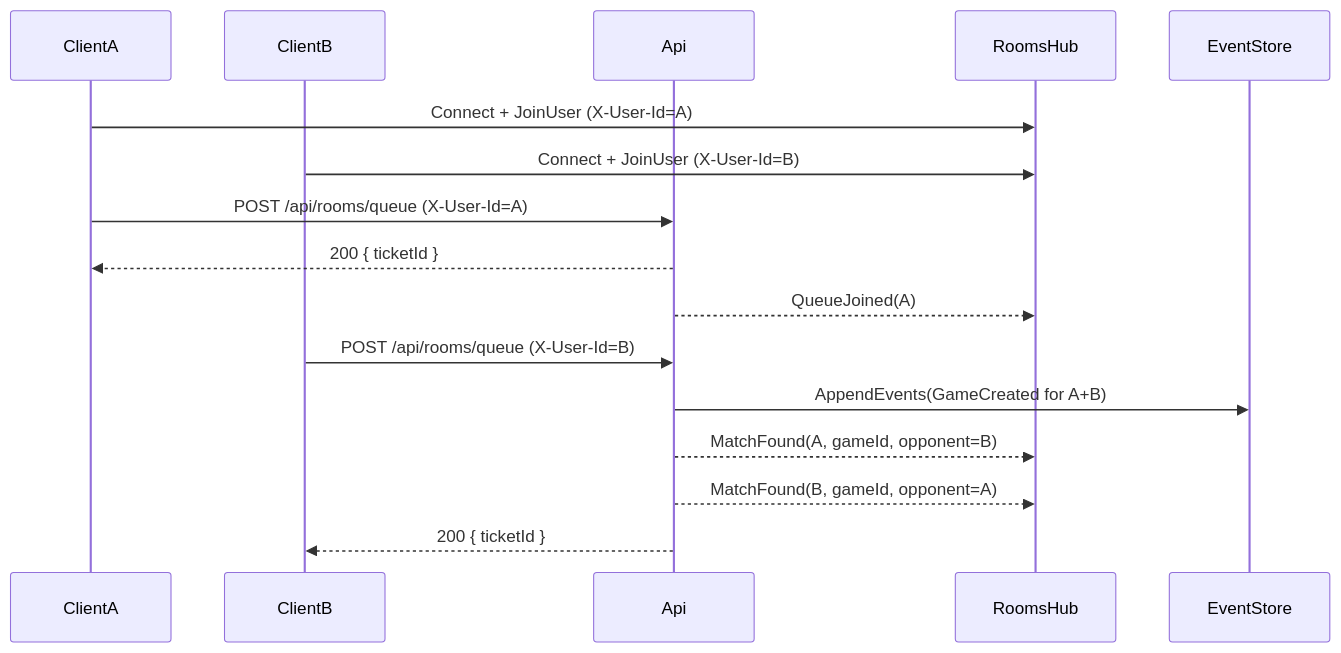
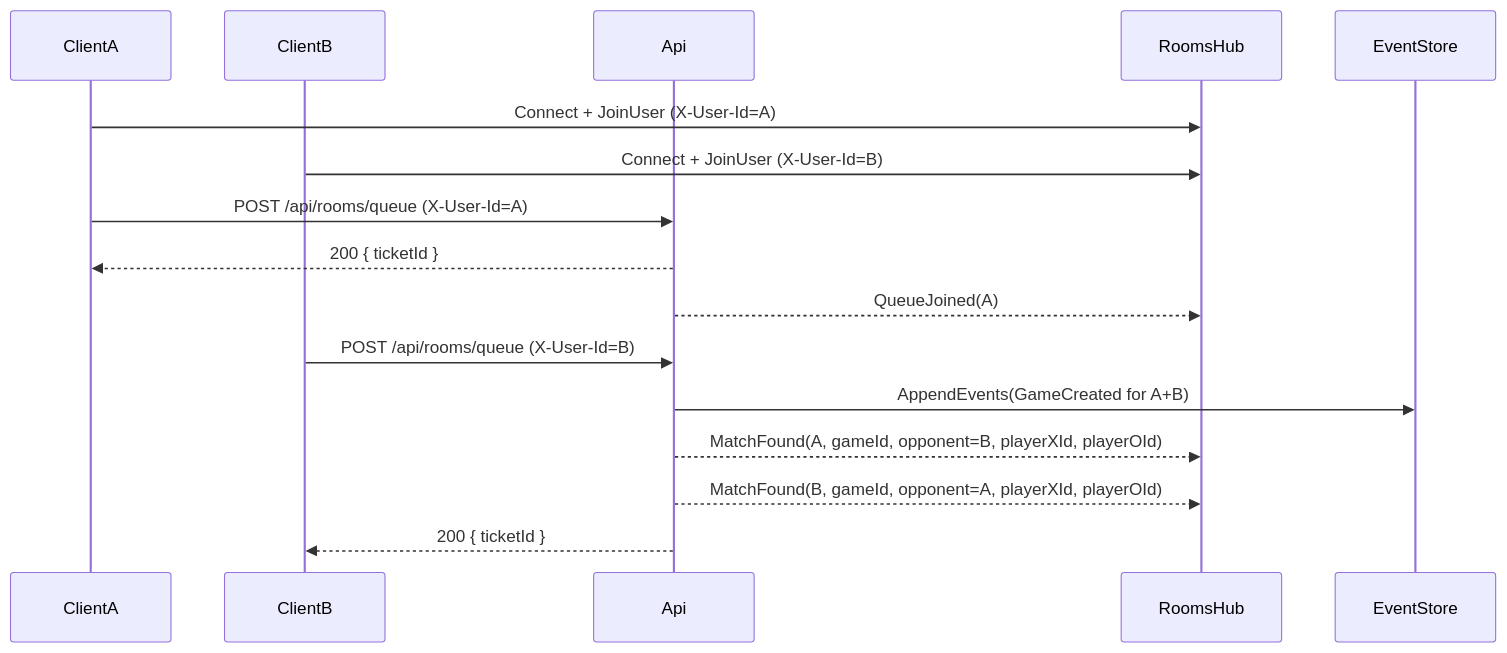
One commit to NetCoreParty/ultimate-tic-tac-toe-back changed the fourth of 7 diagrams in docs/USER_FLOWS.md. Above: the diagram before and after it, drawn with Mermaid. The commit also changed other lines of this file and 14 other files, not shown here.

````diff
--- a/docs/USER_FLOWS.md
+++ b/docs/USER_FLOWS.md
@@ -54,21 +86,21 @@
 ```mermaid
 sequenceDiagram
   participant ClientA
   participant ClientB
   participant Api
   participant RoomsHub
   participant EventStore
 
   ClientA->>RoomsHub: Connect + JoinUser (X-User-Id=A)
   ClientB->>RoomsHub: Connect + JoinUser (X-User-Id=B)
 
   ClientA->>Api: POST /api/rooms/queue (X-User-Id=A)
   Api-->>ClientA: 200 { ticketId }
   Api-->>RoomsHub: QueueJoined(A)
 
   ClientB->>Api: POST /api/rooms/queue (X-User-Id=B)
   Api->>EventStore: AppendEvents(GameCreated for A+B)
-  Api-->>RoomsHub: MatchFound(A, gameId, opponent=B)
-  Api-->>RoomsHub: MatchFound(B, gameId, opponent=A)
+  Api-->>RoomsHub: MatchFound(A, gameId, opponent=B, playerXId, playerOId)
+  Api-->>RoomsHub: MatchFound(B, gameId, opponent=A, playerXId, playerOId)
   Api-->>ClientB: 200 { ticketId }
 ```
````
